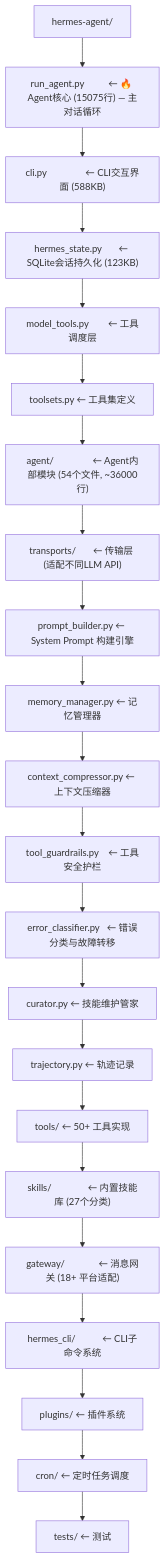
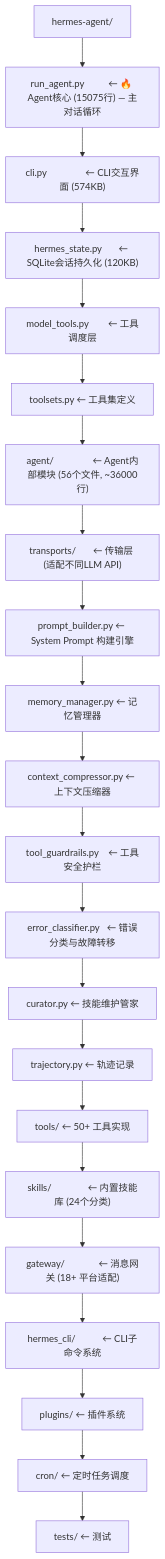
One commit to keyuanweb/ai-learning-path changed the second of 5 diagrams in hermes-learning-path/00-概述与架构总览.md. Above: the diagram before and after it, drawn with Mermaid. The commit also changed other lines of this file and 176 other files, not shown here.

First line of the commit message:
docs: 全仓库文档校对修复——错别字/失效链接/Mermaid图/源码引用

````diff
--- a/hermes-learning-path/00-概述与架构总览.md
+++ b/hermes-learning-path/00-概述与架构总览.md
@@ -54,46 +54,46 @@
 ```mermaid
 flowchart TD
   n0["hermes-agent/"]
   n1["run_agent.py          ← 🔥 Agent核心 (15075行) — 主对话循环"]
-  n2["cli.py                ← CLI交互界面 (588KB)"]
-  n3["hermes_state.py       ← SQLite会话持久化 (123KB)"]
+  n2["cli.py                ← CLI交互界面 (574KB)"]
+  n3["hermes_state.py       ← SQLite会话持久化 (120KB)"]
   n4["model_tools.py        ← 工具调度层"]
   n5["toolsets.py           ← 工具集定义"]
-  n6["agent/                ← Agent内部模块 (54个文件, ~36000行)"]
+  n6["agent/                ← Agent内部模块 (56个文件, ~36000行)"]
   n7["transports/       ← 传输层 (适配不同LLM API)"]
   n8["prompt_builder.py ← System Prompt 构建引擎"]
   n9["memory_manager.py ← 记忆管理器"]
   n10["context_compressor.py ← 上下文压缩器"]
   n11["tool_guardrails.py    ← 工具安全护栏"]
   n12["error_classifier.py   ← 错误分类与故障转移"]
   n13["curator.py        ← 技能维护管家"]
   n14["trajectory.py     ← 轨迹记录"]
   n15["tools/                ← 50+ 工具实现"]
-  n16["skills/               ← 内置技能库 (27个分类)"]
+  n16["skills/               ← 内置技能库 (24个分类)"]
   n17["gateway/              ← 消息网关 (18+ 平台适配)"]
   n18["hermes_cli/           ← CLI子命令系统"]
   n19["plugins/              ← 插件系统"]
   n20["cron/                 ← 定时任务调度"]
   n21["tests/                ← 测试"]
   n0 --> n1
   n1 --> n2
   n2 --> n3
   n3 --> n4
   n4 --> n5
   n5 --> n6
   n6 --> n7
   n7 --> n8
   n8 --> n9
   n9 --> n10
   n10 --> n11
   n11 --> n12
   n12 --> n13
   n13 --> n14
   n14 --> n15
   n15 --> n16
   n16 --> n17
   n17 --> n18
   n18 --> n19
   n19 --> n20
   n20 --> n21
 ```
````
